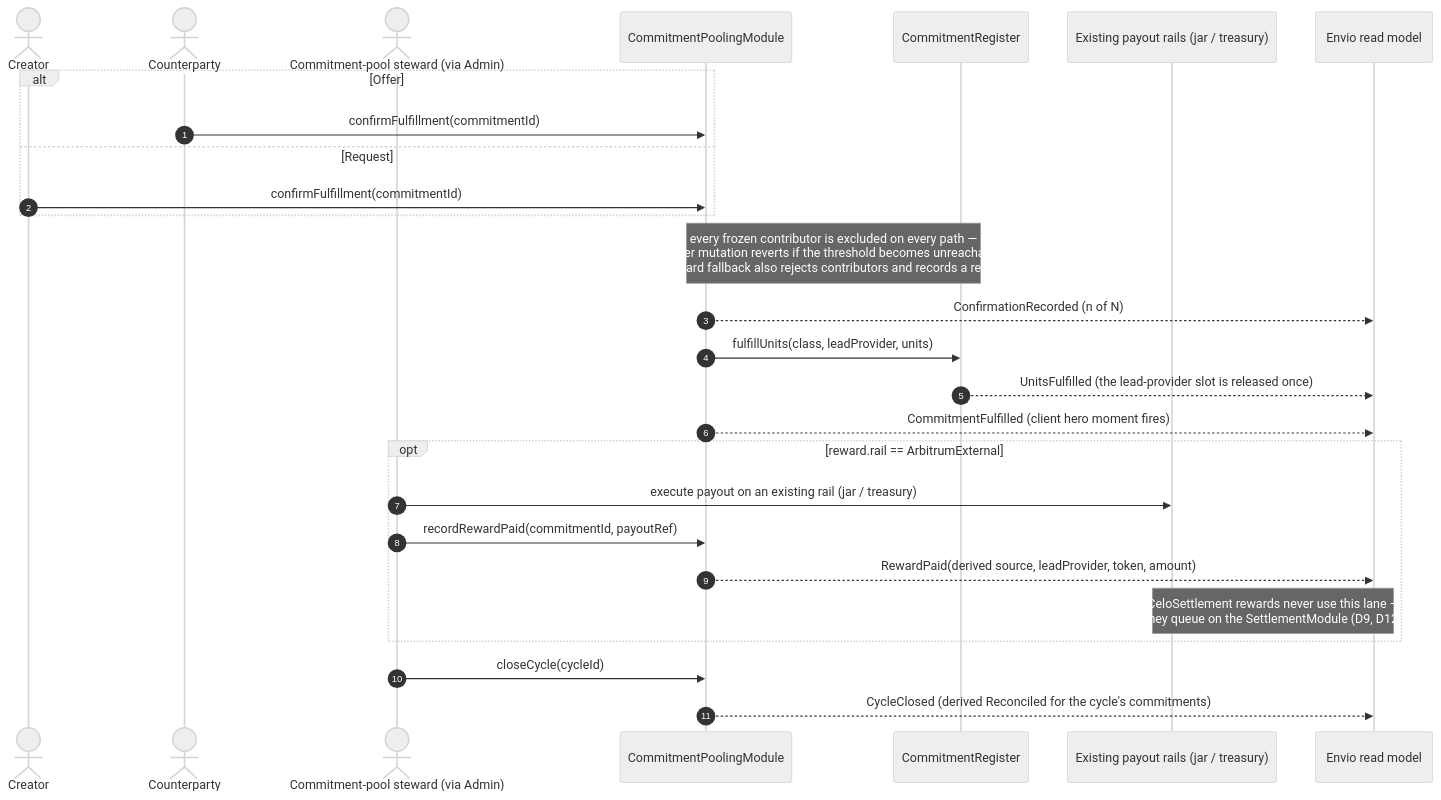
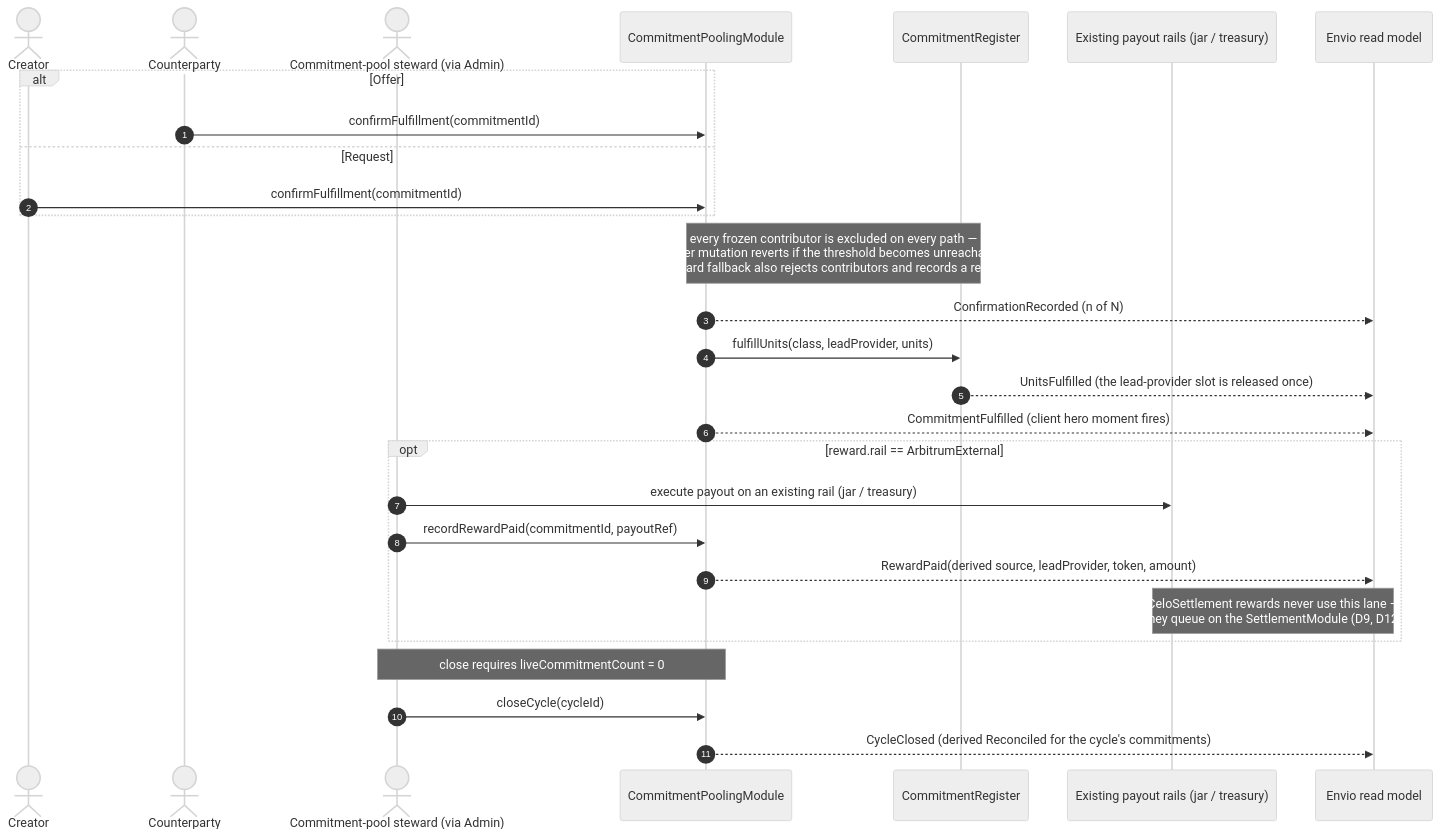
The sixth of 35 diagrams in .plans/active/commitment-pooling/diagrams.md (greenpill-dev-guild/green-goods), drawn with Mermaid (neutral theme) before and after one commit. The commit also changed other lines of this file and 19 other files, not shown here.

````diff
--- a/.plans/active/commitment-pooling/diagrams.md
+++ b/.plans/active/commitment-pooling/diagrams.md
@@ -357,30 +358,31 @@
 ```mermaid
 sequenceDiagram
   autonumber
   actor A as Creator
   actor B as Counterparty
   actor OP as Commitment-pool steward (via Admin)
   participant M as CommitmentPoolingModule
   participant R as CommitmentRegister
   participant RAILS as Existing payout rails (jar / treasury)
   participant IDX as Envio read model
 
   alt Offer
     B->>M: confirmFulfillment(commitmentId)
   else Request
     A->>M: confirmFulfillment(commitmentId)
   end
   Note over M,R: every frozen contributor is excluded on every path —<br/>roster mutation reverts if the threshold becomes unreachable.<br/>Steward fallback also rejects contributors and records a reason
   M-->>IDX: ConfirmationRecorded (n of N)
   M->>R: fulfillUnits(class, leadProvider, units)
   R-->>IDX: UnitsFulfilled (the lead-provider slot is released once)
   M-->>IDX: CommitmentFulfilled (client hero moment fires)
   opt reward.rail == ArbitrumExternal
     OP->>RAILS: execute payout on an existing rail (jar / treasury)
     OP->>M: recordRewardPaid(commitmentId, payoutRef)
     M-->>IDX: RewardPaid(derived source, leadProvider, token, amount)
     Note over RAILS,IDX: CeloSettlement rewards never use this lane —<br/>they queue on the SettlementModule (D9, D12)
   end
+  Note over OP,M: close requires liveCommitmentCount = 0
   OP->>M: closeCycle(cycleId)
   M-->>IDX: CycleClosed (derived Reconciled for the cycle's commitments)
 ```
````
